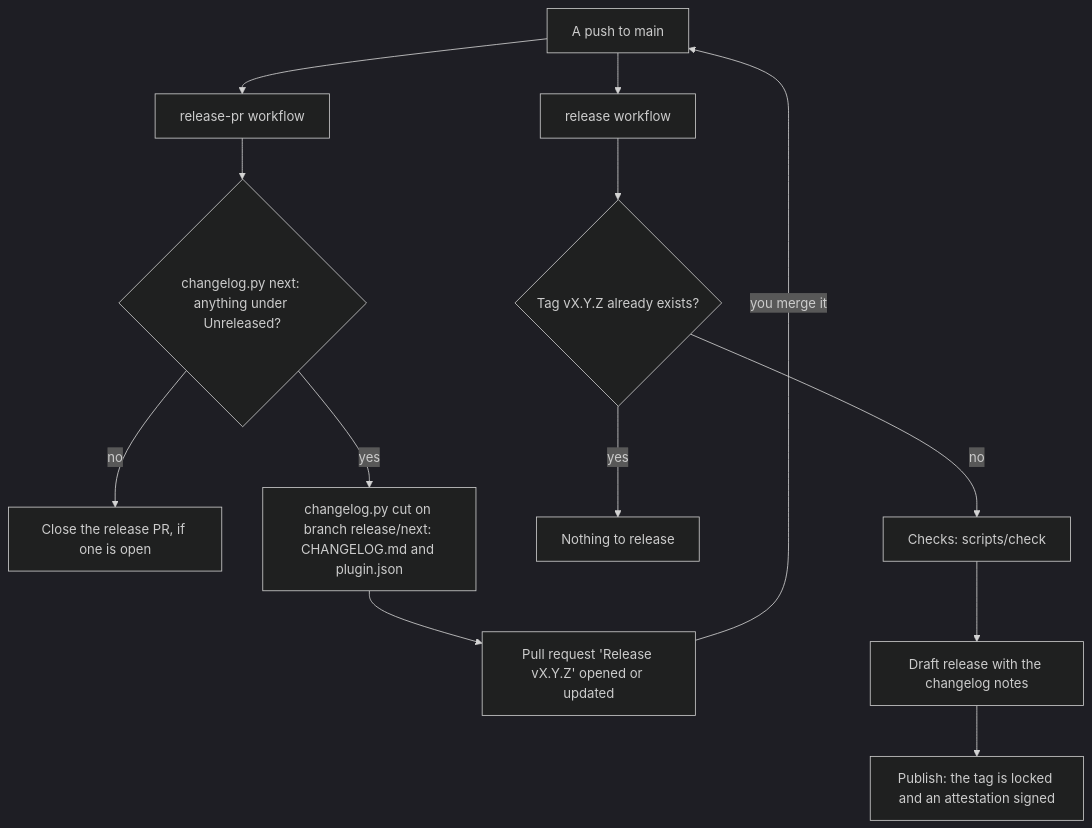
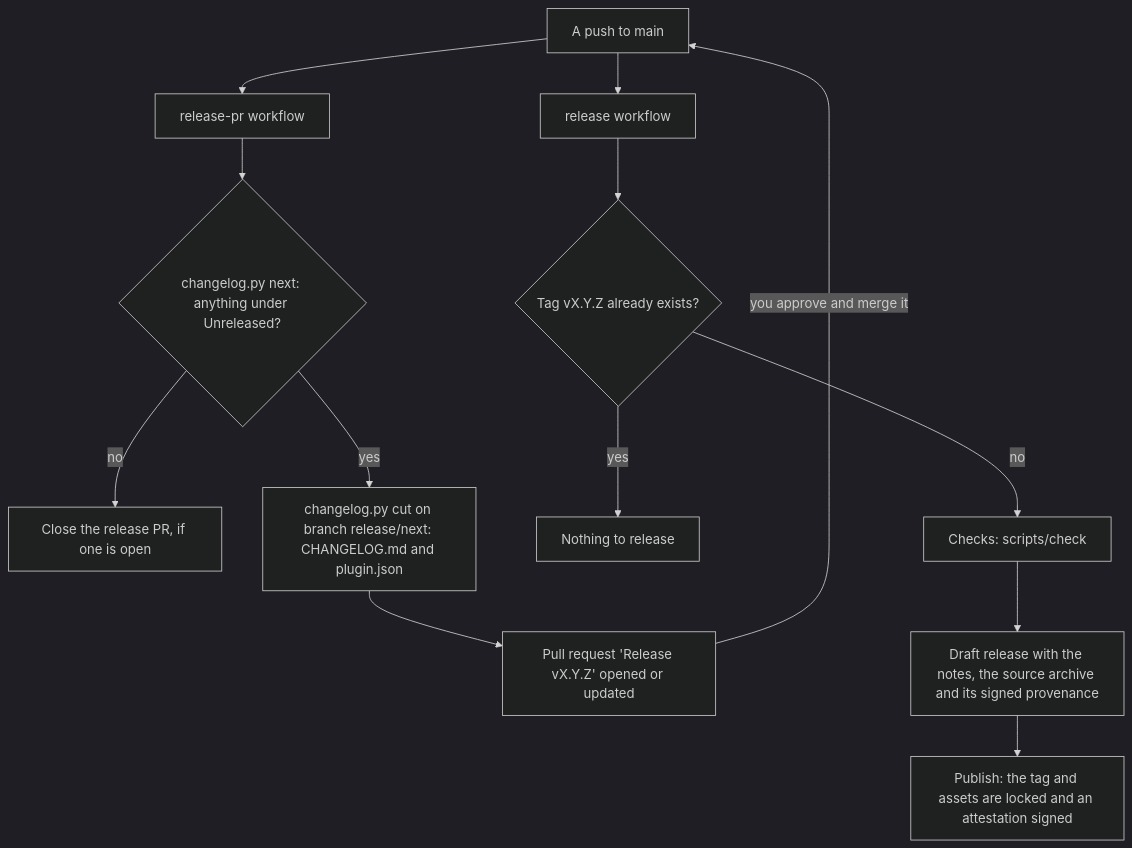
One commit to bugrauluyurt/homelab-media-stack changed the diagram in docs/operations/releasing.md. Above: the diagram before and after it, drawn with Mermaid (dark theme). The commit also changed other lines of this file and 12 other files, not shown here.

````diff
--- a/docs/operations/releasing.md
+++ b/docs/operations/releasing.md
@@ -47,15 +47,15 @@
 ```mermaid
 flowchart TD
     push["A push to main"] --> rpr["release-pr workflow"]
     rpr --> nxt{"changelog.py next: anything under Unreleased?"}
     nxt -->|no| close["Close the release PR, if one is open"]
     nxt -->|yes| cut["changelog.py cut on branch release/next: CHANGELOG.md and plugin.json"]
     cut --> pr["Pull request 'Release vX.Y.Z' opened or updated"]
-    pr -->|"you merge it"| push
+    pr -->|"you approve and merge it"| push
     push --> rel["release workflow"]
     rel --> tag{"Tag vX.Y.Z already exists?"}
     tag -->|yes| skip["Nothing to release"]
     tag -->|no| checks["Checks: scripts/check"]
-    checks --> draft["Draft release with the changelog notes"]
-    draft --> publish["Publish: the tag is locked and an attestation signed"]
+    checks --> draft["Draft release with the notes, the source archive and its signed provenance"]
+    draft --> publish["Publish: the tag and assets are locked and an attestation signed"]
 ```
````
